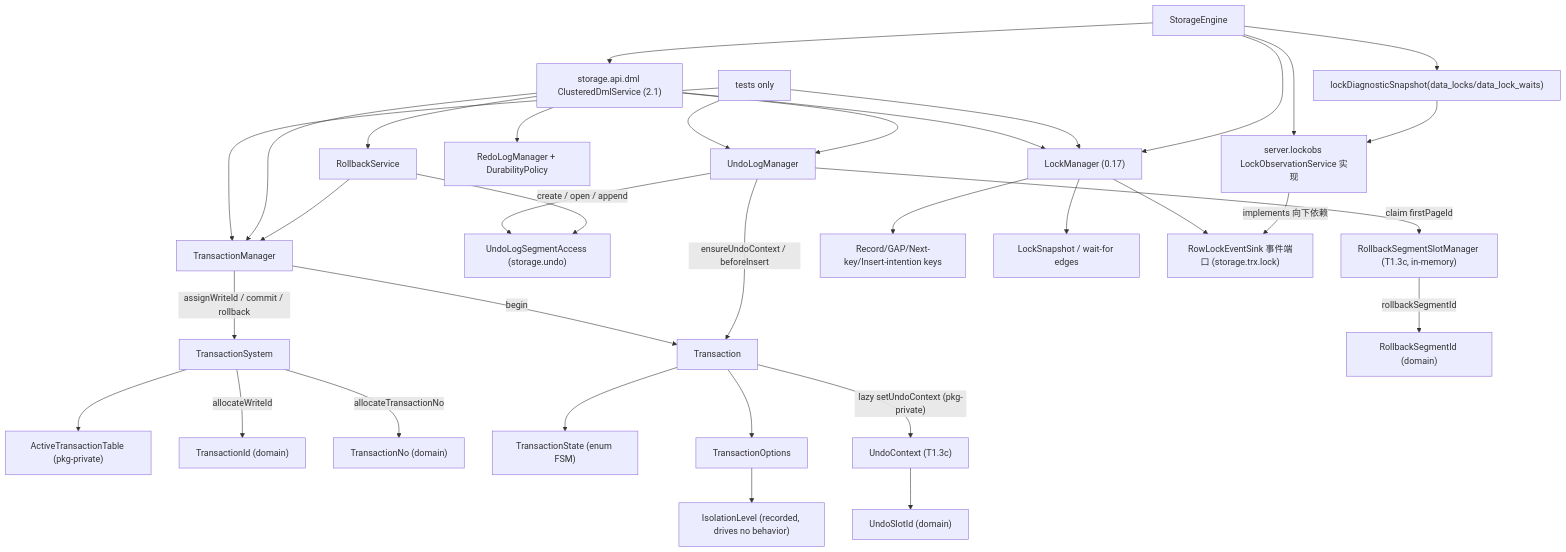
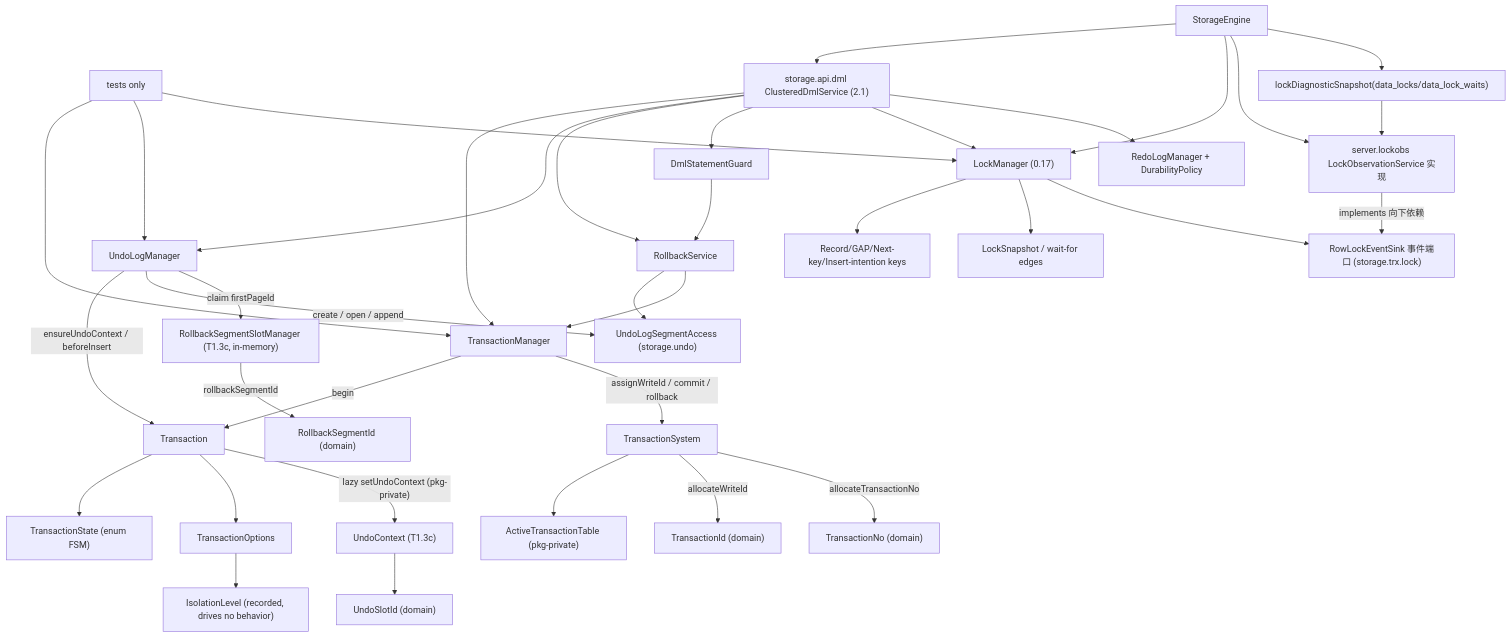
Before and after one commit to mywnlb/dbtest: the seventh of 9 diagrams in docs/design/current-implementation-map.md, drawn with Mermaid. The commit also changed other lines of this file and 13 other files, not shown here.

Commit message:
Implement DML statement rollback guard

````diff
--- a/docs/design/current-implementation-map.md
+++ b/docs/design/current-implementation-map.md
@@ -359,36 +359,38 @@
 ```mermaid
 flowchart TD
   Tests["tests only"] --> Mgr["TransactionManager"]
   Tests --> UndoMgr["UndoLogManager"]
   Engine["StorageEngine"] --> DML["storage.api.dml ClusteredDmlService (2.1)"]
   DML --> Mgr
   DML --> UndoMgr
   DML --> RollbackSvc["RollbackService"]
+  DML --> Guard["DmlStatementGuard"]
+  Guard --> RollbackSvc
   DML --> LockMgr
   DML --> RedoMgr["RedoLogManager + DurabilityPolicy"]
   Mgr -->|begin| Txn["Transaction"]
   Mgr -->|assignWriteId / commit / rollback| Sys["TransactionSystem"]
   Sys --> ATT["ActiveTransactionTable (pkg-private)"]
   Sys -->|allocateWriteId| TxId["TransactionId (domain)"]
   Sys -->|allocateTransactionNo| TxNo["TransactionNo (domain)"]
   Txn --> State["TransactionState (enum FSM)"]
   Txn --> Opts["TransactionOptions"]
   Opts --> Iso["IsolationLevel (recorded, drives no behavior)"]
   Txn -->|"lazy setUndoContext (pkg-private)"| Ctx["UndoContext (T1.3c)"]
   UndoMgr -->|ensureUndoContext / beforeInsert| Txn
   UndoMgr -->|create / open / append| Access["UndoLogSegmentAccess (storage.undo)"]
   UndoMgr -->|claim firstPageId| Slots["RollbackSegmentSlotManager (T1.3c, in-memory)"]
   Tests --> LockMgr["LockManager (0.17)"]
   Engine --> LockMgr
   LockMgr --> LockKeys["Record/GAP/Next-key/Insert-intention keys"]
   LockMgr --> LockSnap["LockSnapshot / wait-for edges"]
   LockMgr --> Sink["RowLockEventSink 事件端口 (storage.trx.lock)"]
   LockObs["server.lockobs LockObservationService 实现"] -->|implements 向下依赖| Sink
   Engine --> LockObs
   Engine --> LockDiag["lockDiagnosticSnapshot(data_locks/data_lock_waits)"]
   LockDiag --> LockObs
   Slots -->|rollbackSegmentId| RsegId["RollbackSegmentId (domain)"]
   Ctx --> SlotId["UndoSlotId (domain)"]
   RollbackSvc --> Access
   RollbackSvc --> Mgr
 ```
````
